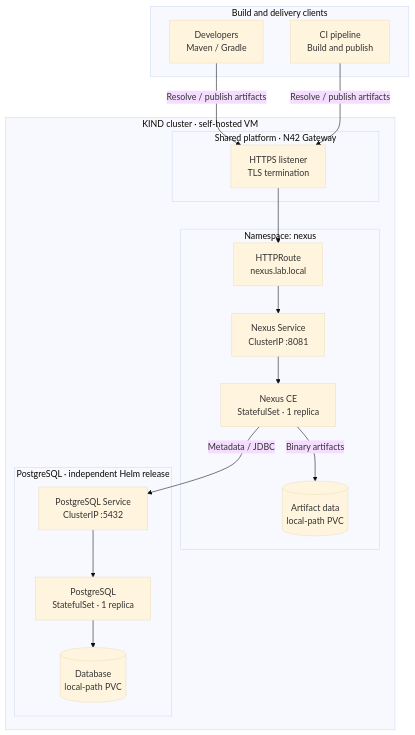
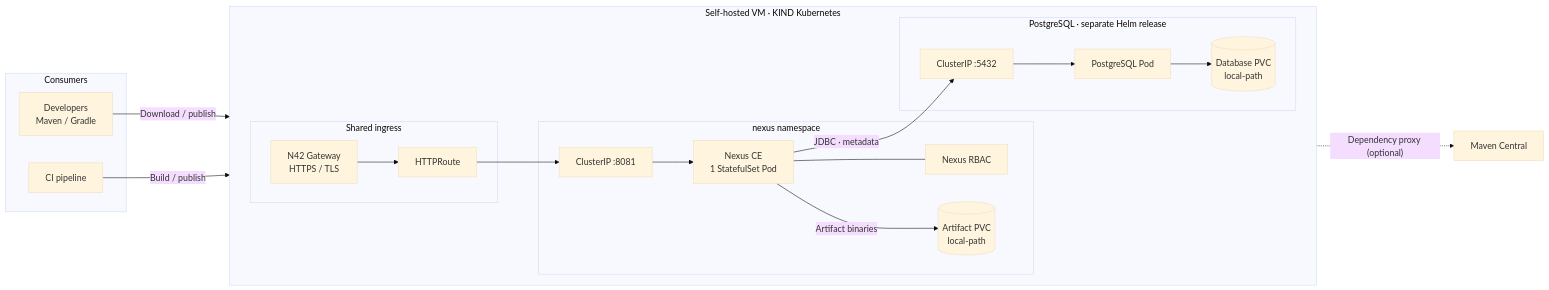
Before and after one commit to naren4b/cloud-platform-engineering-labs: the diagram in platform-engineering/core-02-nexus-artifact-repository/README.md, drawn with Mermaid (base theme). The commit also changed other lines of this file, not shown here.

Commit message:
docs: condense Nexus architecture into one-page deployment overview

````diff
--- a/platform-engineering/core-02-nexus-artifact-repository/README.md
+++ b/platform-engineering/core-02-nexus-artifact-repository/README.md
@@ -9,36 +9,34 @@
 ```mermaid
-flowchart TB
-    subgraph Clients["Build and delivery clients"]
-      Dev["Developers<br/>Maven / Gradle"]
-      CI["CI pipeline<br/>Build and publish"]
+flowchart LR
+    subgraph Consumers["Consumers"]
+        Dev["Developers<br/>Maven / Gradle"]
+        CI["CI pipeline"]
     end
 
-    subgraph KIND["KIND cluster · self-hosted VM"]
-      subgraph Edge["Shared platform · N42 Gateway"]
-        TLS["HTTPS listener<br/>TLS termination"]
-      end
-
-      subgraph NexusNS["Namespace: nexus"]
-        Route["HTTPRoute<br/>nexus.lab.local"]
-        Svc["Nexus Service<br/>ClusterIP :8081"]
-        App["Nexus CE<br/>StatefulSet · 1 replica"]
-        Blob[("Artifact data<br/>local-path PVC")]
-      end
-
-      subgraph DatabaseNS["PostgreSQL · independent Helm release"]
-        DbSvc["PostgreSQL Service<br/>ClusterIP :5432"]
-        Pg["PostgreSQL<br/>StatefulSet · 1 replica"]
-        Data[("Database<br/>local-path PVC")]
-      end
+    subgraph VM["Self-hosted VM · KIND Kubernetes"]
+        direction LR
+        subgraph Edge["Shared ingress"]
+            GW["N42 Gateway<br/>HTTPS / TLS"]
+            Route["HTTPRoute"]
+        end
+        subgraph AppNS["nexus namespace"]
+            Svc["ClusterIP :8081"]
+            Nexus["Nexus CE<br/>1 StatefulSet Pod"]
+            Artifacts[("Artifact PVC<br/>local-path")]
+            Auth["Nexus RBAC"]
+        end
+        subgraph DataNS["PostgreSQL · separate Helm release"]
+            PgSvc["ClusterIP :5432"]
+            Pg["PostgreSQL Pod"]
+            Db[("Database PVC<br/>local-path")]
+        end
     end
 
-    Dev -->|"Resolve / publish artifacts"| TLS
-    CI -->|"Resolve / publish artifacts"| TLS
-    TLS --> Route
-    Route --> Svc
-    Svc --> App
-    App -->|"Binary artifacts"| Blob
-    App -->|"Metadata / JDBC"| DbSvc
-    DbSvc --> Pg
-    Pg --> Data
+    Dev -->|"Download / publish"| GW
+    CI -->|"Build / publish"| GW
+    GW --> Route --> Svc --> Nexus
+    Nexus --- Auth
+    Nexus -->|"Artifact binaries"| Artifacts
+    Nexus -->|"JDBC · metadata"| PgSvc --> Pg --> Db
+    Nexus -.->|"Dependency proxy (optional)"| Central["Maven Central"]
 ```
````
